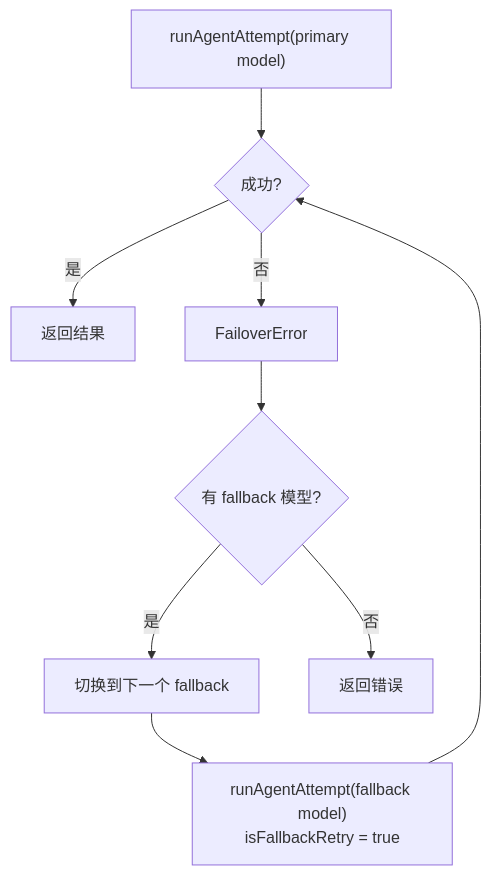
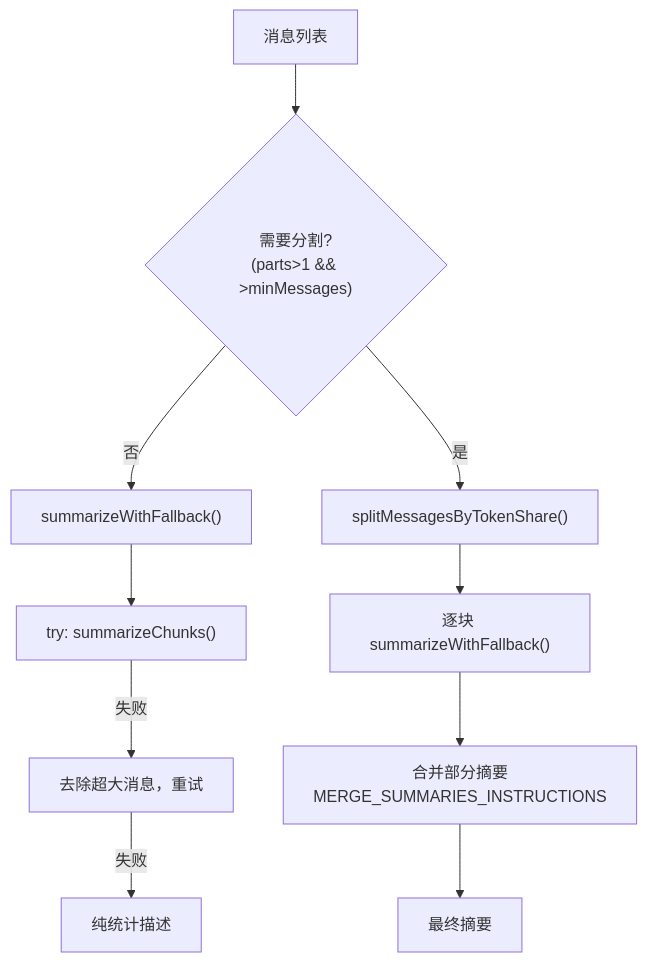
Before and after one commit to royalwang/openclaw: the sixth of 7 diagrams in zh-docs/modules/agents/README.md, drawn with Mermaid. The commit also changed other lines of this file and 1 other file, not shown here.

````diff
--- a/zh-docs/modules/agents/README.md
+++ b/zh-docs/modules/agents/README.md
@@ -144,11 +393,13 @@
 ```mermaid
 flowchart TD
-    RUN["runAgentAttempt(primary model)"] --> SUCCESS{"成功?"}
-    SUCCESS -->|是| DONE["返回结果"]
-    SUCCESS -->|否| FAILOVER["FailoverError"]
-    FAILOVER --> HAS_FALLBACK{"有 fallback 模型?"}
-    HAS_FALLBACK -->|是| NEXT["切换到下一个 fallback"]
-    HAS_FALLBACK -->|否| ERROR["返回错误"]
-    NEXT --> RETRY["runAgentAttempt(fallback model)<br/>isFallbackRetry = true"]
-    RETRY --> SUCCESS
+    MSGS["消息列表"] --> SPLIT{"需要分割?<br/>(parts>1 && >minMessages)"}
+    SPLIT -->|否| SINGLE["summarizeWithFallback()"]
+    SPLIT -->|是| CHUNKS["splitMessagesByTokenShare()"]
+    CHUNKS --> PARTIAL["逐块 summarizeWithFallback()"]
+    PARTIAL --> MERGE["合并部分摘要<br/>MERGE_SUMMARIES_INSTRUCTIONS"]
+    MERGE --> FINAL["最终摘要"]
+    
+    SINGLE --> TRY_FULL["try: summarizeChunks()"]
+    TRY_FULL -->|失败| FALLBACK1["去除超大消息，重试"]
+    FALLBACK1 -->|失败| FALLBACK2["纯统计描述"]
 ```
````
